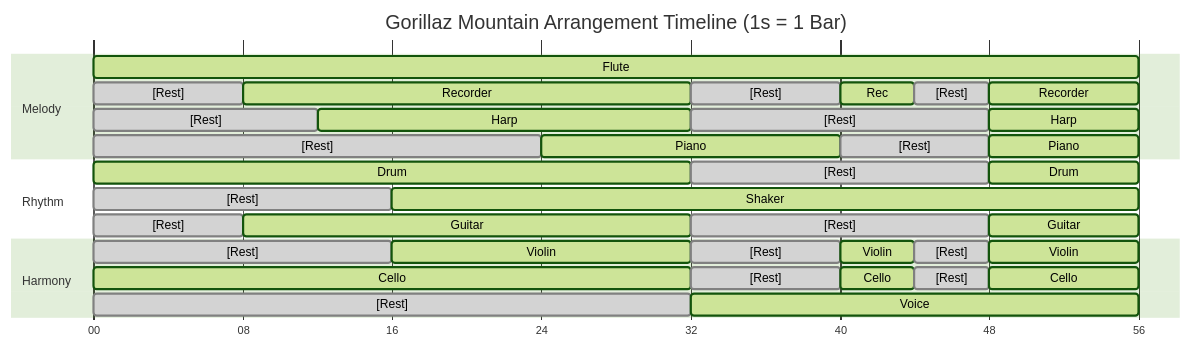
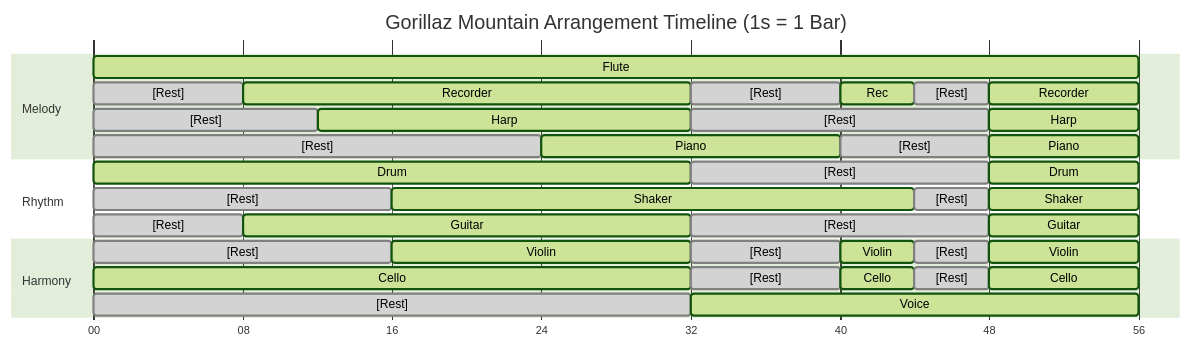
One commit to macabot/gorillaz-mountain changed the diagram in notes.md. Above: the diagram before and after it, drawn with Mermaid (forest theme). The commit also changed 2 other files, not shown here.

Commit message:
Add rest to shaker

````diff
--- a/notes.md
+++ b/notes.md
@@ -3,60 +3,62 @@
 ```mermaid
 ---
 displayMode: compact
 ---
 gantt
     title Gorillaz Mountain Arrangement Timeline (1s = 1 Bar)
     dateFormat mm:ss
     axisFormat %S
     tickInterval 8second
 
     section Melody
     Flute               :active, 00:00, 00:56
 
     [Rest]              :done,   00:00, 00:08
     Recorder            :active, 00:08, 00:32
     [Rest]              :done,   00:32, 00:40
     Rec                 :active, 00:40, 00:44
     [Rest]              :done,   00:44, 00:48
     Recorder            :active, 00:48, 00:56
 
     [Rest]              :done,   00:00, 00:12
     Harp                :active, 00:12, 00:32
     [Rest]              :done,   00:32, 00:48
     Harp                :active, 00:48, 00:56
 
     [Rest]              :done,   00:00, 00:24
     Piano               :active, 00:24, 00:40
     [Rest]              :done,   00:40, 00:48
     Piano               :active, 00:48, 00:56
 
     section Rhythm
     Drum                :active, 00:00, 00:32
     [Rest]              :done,   00:32, 00:48
     Drum                :active, 00:48, 00:56
 
     [Rest]              :done,   00:00, 00:16
-    Shaker              :active, 00:16, 00:56
+    Shaker              :active, 00:16, 00:44
+    [Rest]              :done,   00:44, 00:48
+    Shaker              :active, 00:48, 00:56
 
     [Rest]              :done,   00:00, 00:08
     Guitar              :active, 00:08, 00:32
     [Rest]              :done,   00:32, 00:48
     Guitar              :active, 00:48, 00:56
 
     section Harmony
     [Rest]              :done,   00:00, 00:16
     Violin              :active, 00:16, 00:32
     [Rest]              :done,   00:32, 00:40
     Violin              :active, 00:40, 00:44
     [Rest]              :done,   00:44, 00:48
     Violin              :active, 00:48, 00:56
 
     Cello               :active, 00:00, 00:32
     [Rest]              :done,   00:32, 00:40
     Cello               :active, 00:40, 00:44
     [Rest]              :done,   00:44, 00:48
     Cello               :active, 00:48, 00:56
 
     [Rest]              :done,   00:00, 00:32
     Voice               :active, 00:32, 00:56
 ```
````
